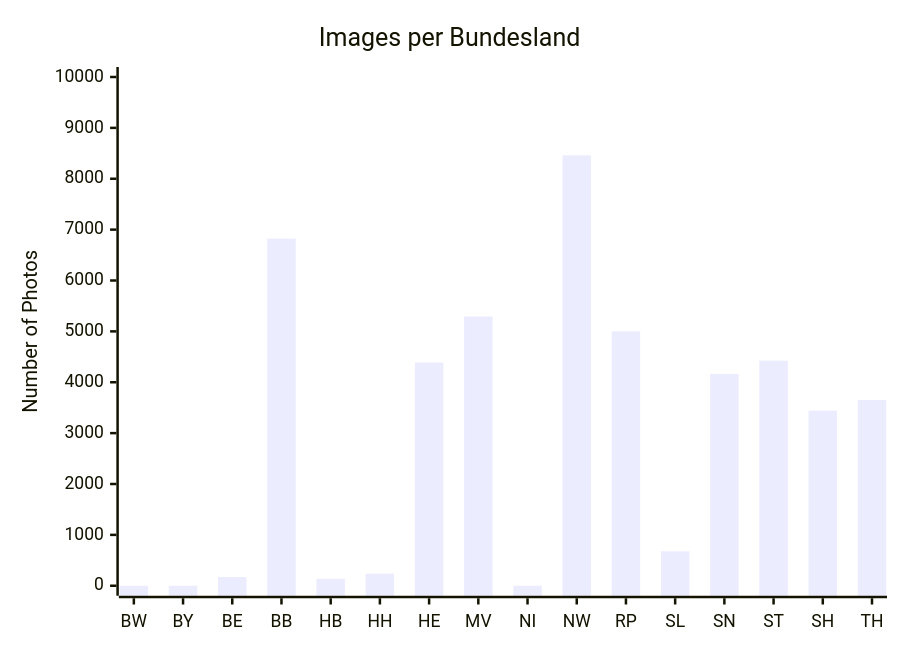
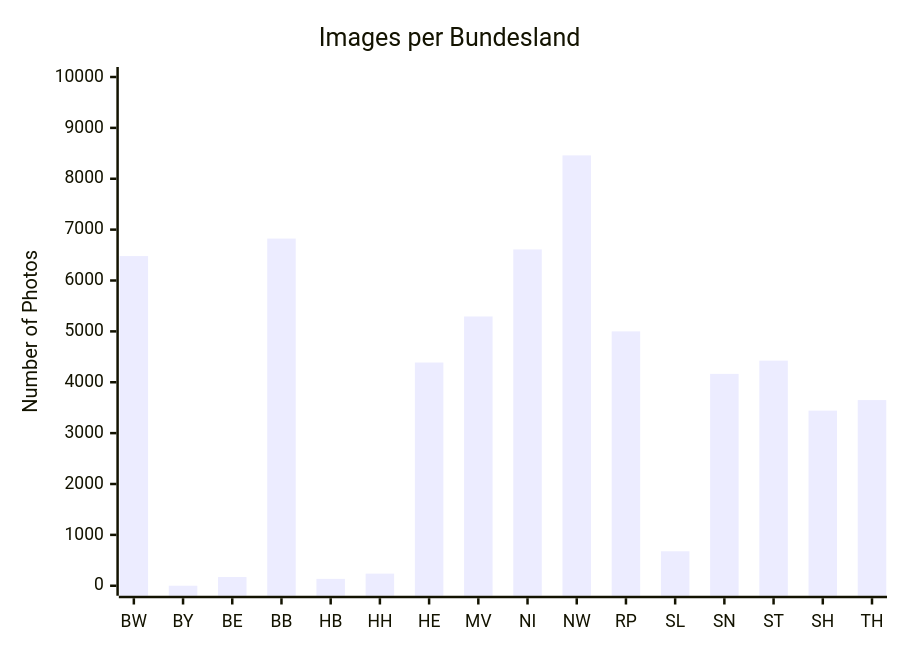
Before and after one commit to marcowaldi/square_germany: the fourth of 4 diagrams in README.md, drawn with Mermaid. The commit also changed other lines of this file, not shown here.

````diff
--- a/README.md
+++ b/README.md
@@ -158,7 +158,7 @@
 ```mermaid
 xychart-beta
     title "Images per Bundesland"
     x-axis ["BW", "BY", "BE", "BB", "HB", "HH", "HE", "MV", "NI", "NW", "RP", "SL", "SN", "ST", "SH", "TH"]
     y-axis "Number of Photos" 0 --> 10000
-    bar [0, 0, 171, 6824, 135, 238, 4388, 5293, 0, 8459, 5000, 678, 4165, 4425, 3442, 3650]
+    bar [6480, 0, 171, 6824, 135, 238, 4388, 5293, 6611, 8459, 5000, 678, 4165, 4425, 3442, 3650]
 ```
````
